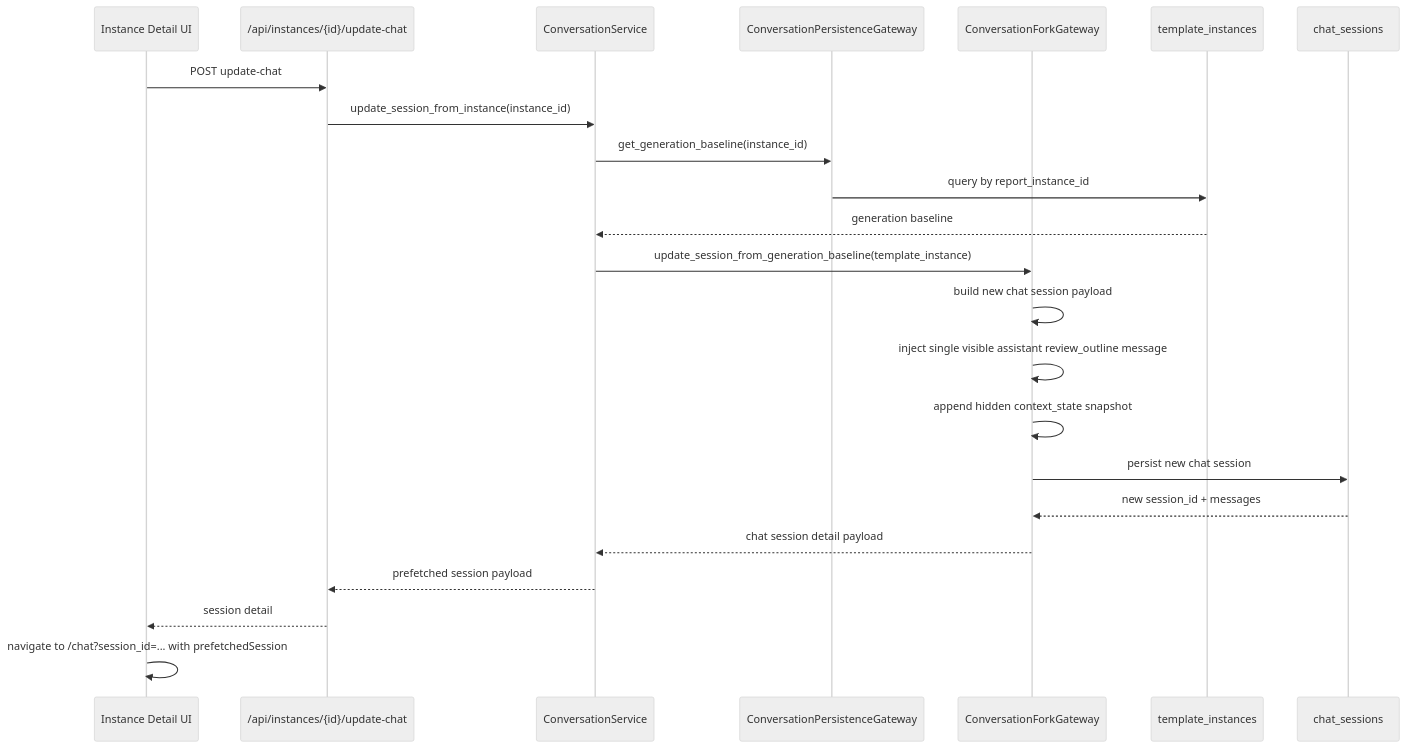
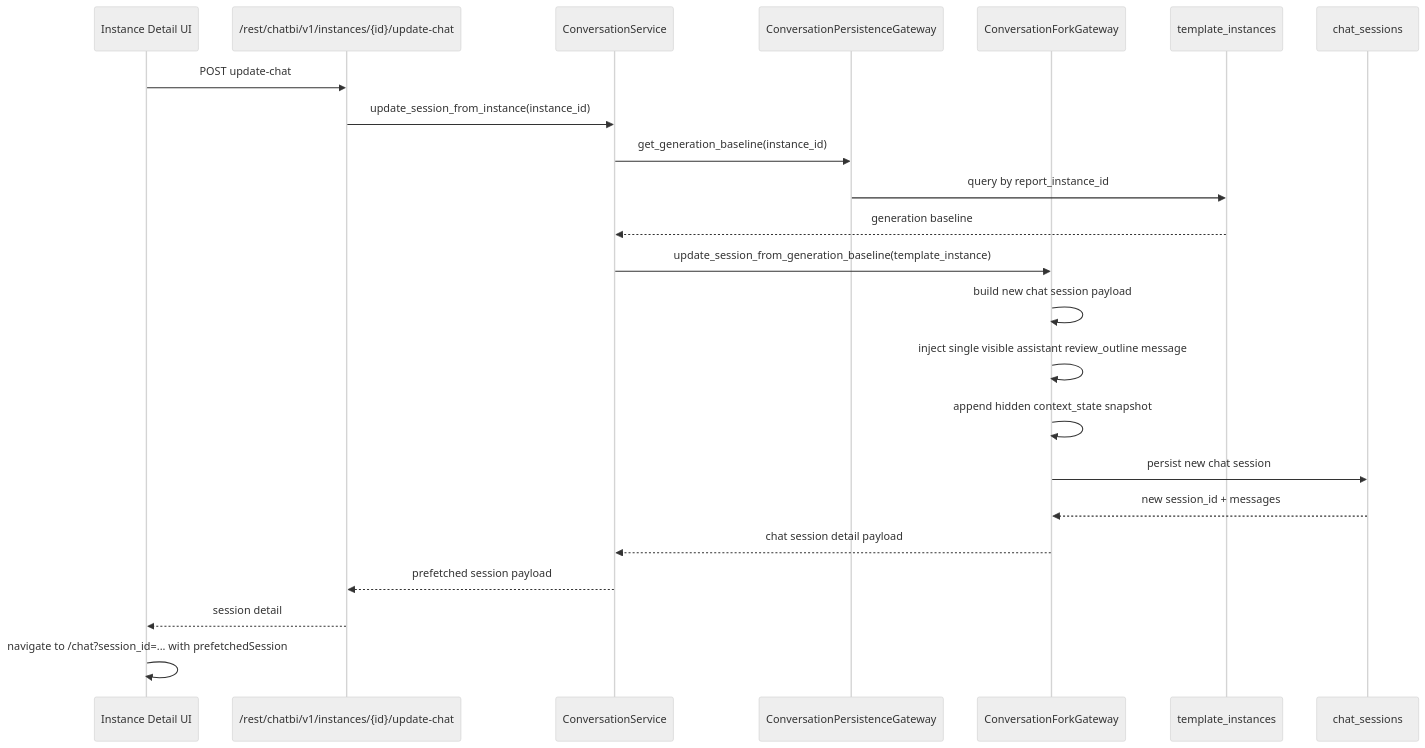
The third of 3 diagrams in design/implementation/runtime_sequences.md (shel447/ReportSystem), drawn with Mermaid (neutral theme) before and after one commit. The commit also changed other lines of this file and 25 other files, not shown here.

Commit message:
feat: move api routes to rest prefixes

````diff
--- a/design/implementation/runtime_sequences.md
+++ b/design/implementation/runtime_sequences.md
@@ -116,26 +116,26 @@
 ```mermaid
 sequenceDiagram
     participant UI as Instance Detail UI
-    participant API as /api/instances/{id}/update-chat
+    participant API as /rest/chatbi/v1/instances/{id}/update-chat
     participant Conv as ConversationService
     participant Persist as ConversationPersistenceGateway
     participant Fork as ConversationForkGateway
     participant Baseline as template_instances
     participant SessionRepo as chat_sessions
 
     UI->>API: POST update-chat
     API->>Conv: update_session_from_instance(instance_id)
     Conv->>Persist: get_generation_baseline(instance_id)
     Persist->>Baseline: query by report_instance_id
     Baseline-->>Conv: generation baseline
     Conv->>Fork: update_session_from_generation_baseline(template_instance)
     Fork->>Fork: build new chat session payload
     Fork->>Fork: inject single visible assistant review_outline message
     Fork->>Fork: append hidden context_state snapshot
     Fork->>SessionRepo: persist new chat session
     SessionRepo-->>Fork: new session_id + messages
     Fork-->>Conv: chat session detail payload
     Conv-->>API: prefetched session payload
     API-->>UI: session detail
     UI->>UI: navigate to /chat?session_id=... with prefetchedSession
 ```
````
